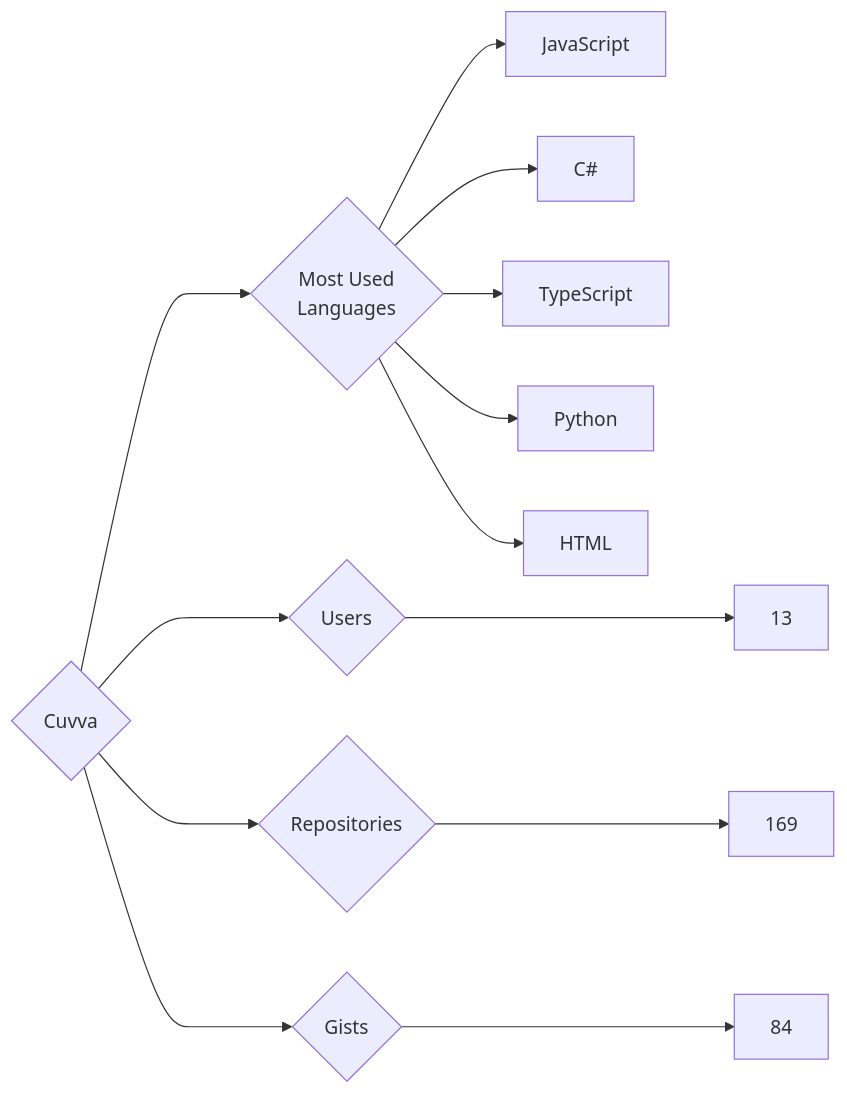
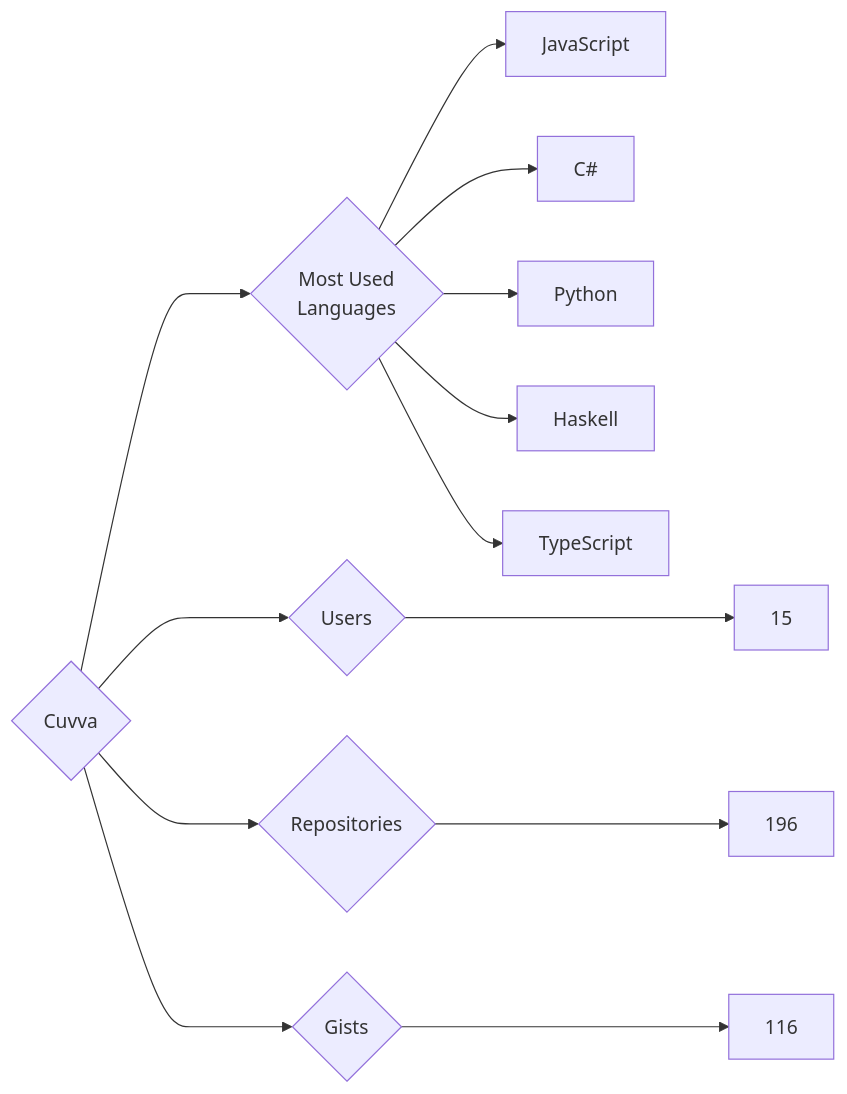
Before and after one commit to trickest/insiders: the diagram in targets/Cuvva/README.md, drawn with Mermaid. The commit also changed 934 other files, not shown here.

````diff
--- a/targets/Cuvva/README.md
+++ b/targets/Cuvva/README.md
@@ -3,13 +3,13 @@
 ```mermaid
 graph LR
 COMPANY_NAME{Cuvva}
-COMPANY_NAME ---> U{Users} ---> UN[13]
-COMPANY_NAME ---> R{Repositories} ---> RN[169]
-COMPANY_NAME ---> G{Gists} ---> GN[84]
+COMPANY_NAME ---> U{Users} ---> UN[15]
+COMPANY_NAME ---> R{Repositories} ---> RN[196]
+COMPANY_NAME ---> G{Gists} ---> GN[116]
 COMPANY_NAME ---> ML{Most Used<br>Languages}
 ML --> JavaScript[JavaScript]
 ML --> C#[C#]
+ML --> Python[Python]
+ML --> Haskell[Haskell]
 ML --> TypeScript[TypeScript]
-ML --> Python[Python]
-ML --> HTML[HTML]
 ```
````
